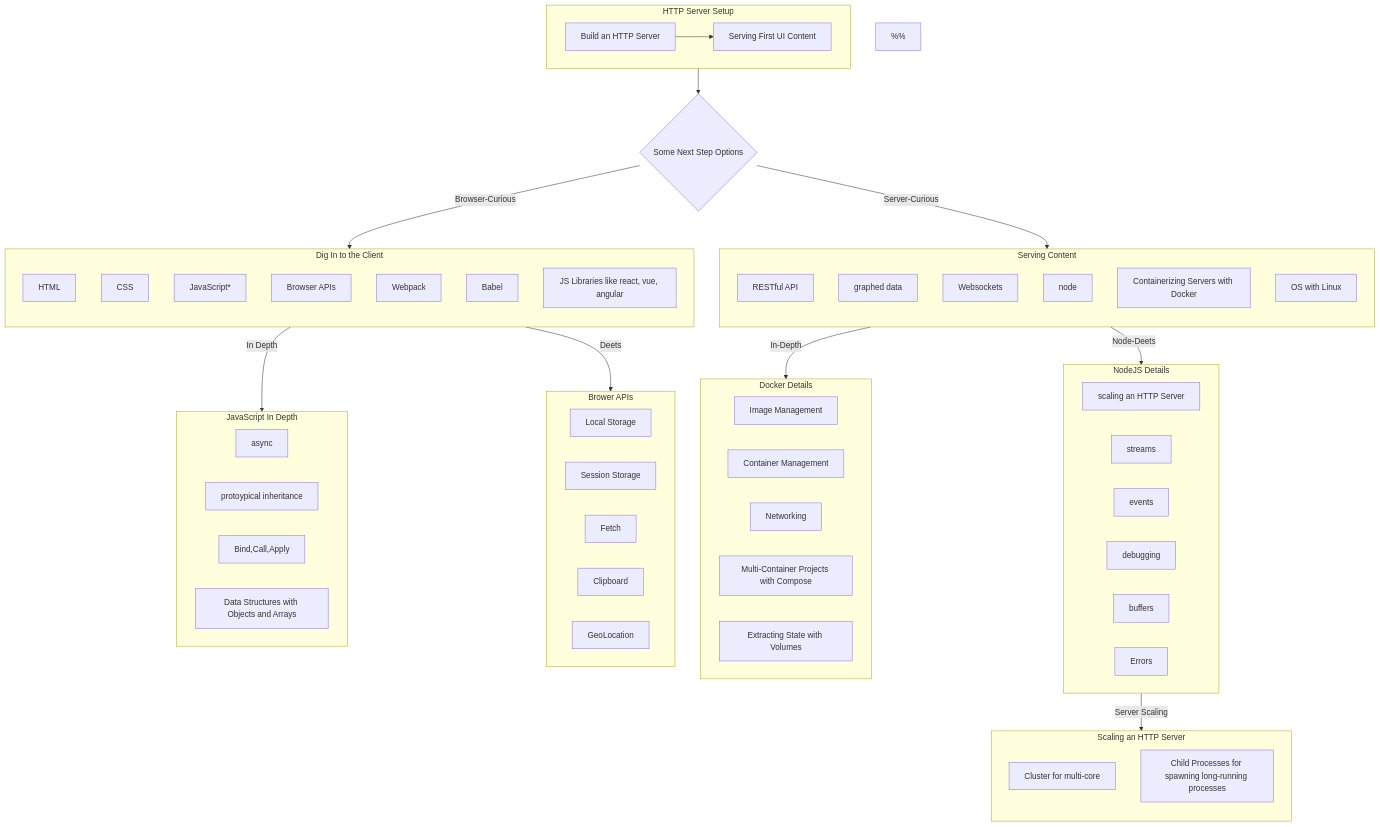
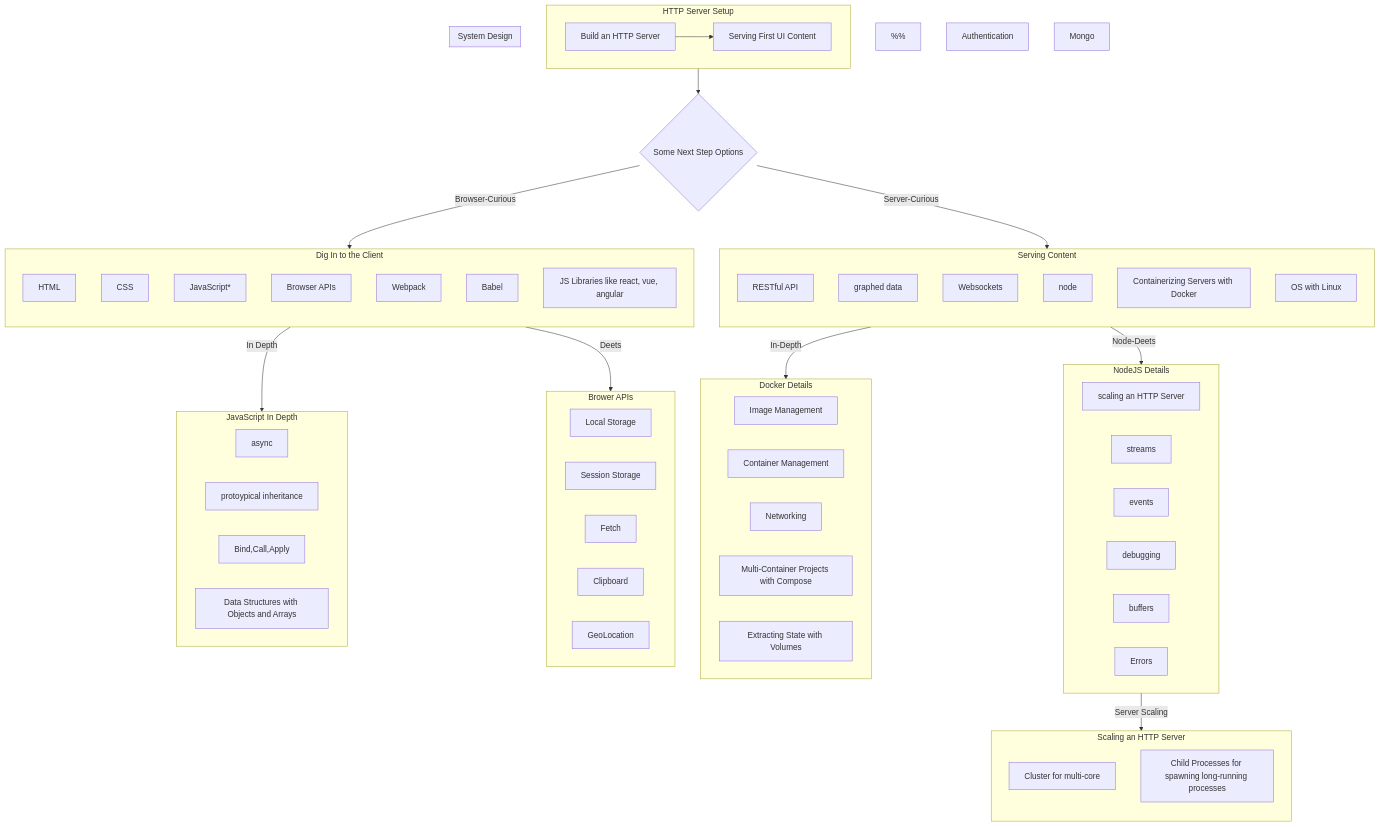
Before and after one commit to imagineLife/big-site: the diagram in src/pages/a-web-first-path.mdx, drawn with Mermaid.

Commit message:
more nodes

```diff
--- a/src/pages/a-web-first-path.mdx
+++ b/src/pages/a-web-first-path.mdx
@@ -42,6 +42,12 @@
   NODE[node];
   DOCKER[Containerizing Servers with Docker];
   LINUX[OS with Linux];
+
+%% system design nodes;
+  AUTH[Authentication];
+
+%% Database nodes;
+  MONGODB[Mongo];
 
 %% nodeJS nodes
   SCALING-NODE[scaling an HTTP Server];
@@ -109,6 +115,10 @@
     LINUX;
   end;
 
+%% Networking & System-Design
+  subgraph SYSTEM_DESIGN[System Design]
+    direction TB;
+  end;
 
 %% Client-Curious SubGraph
   subgraph BROWSER_CURIOUS[Dig In to the Client]
```
